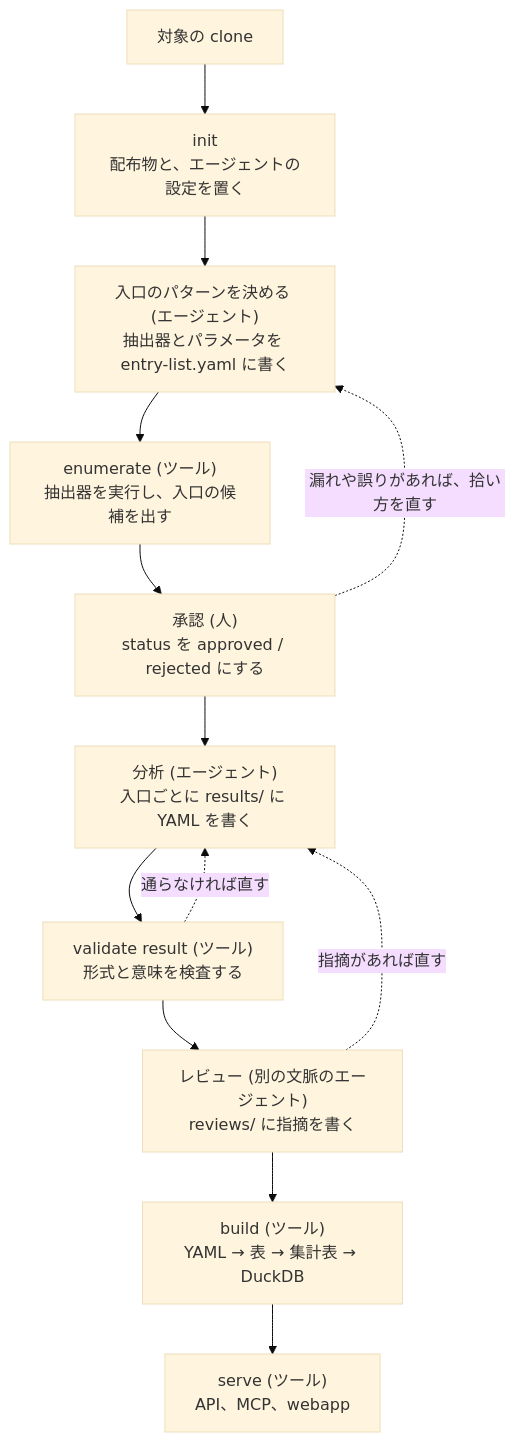
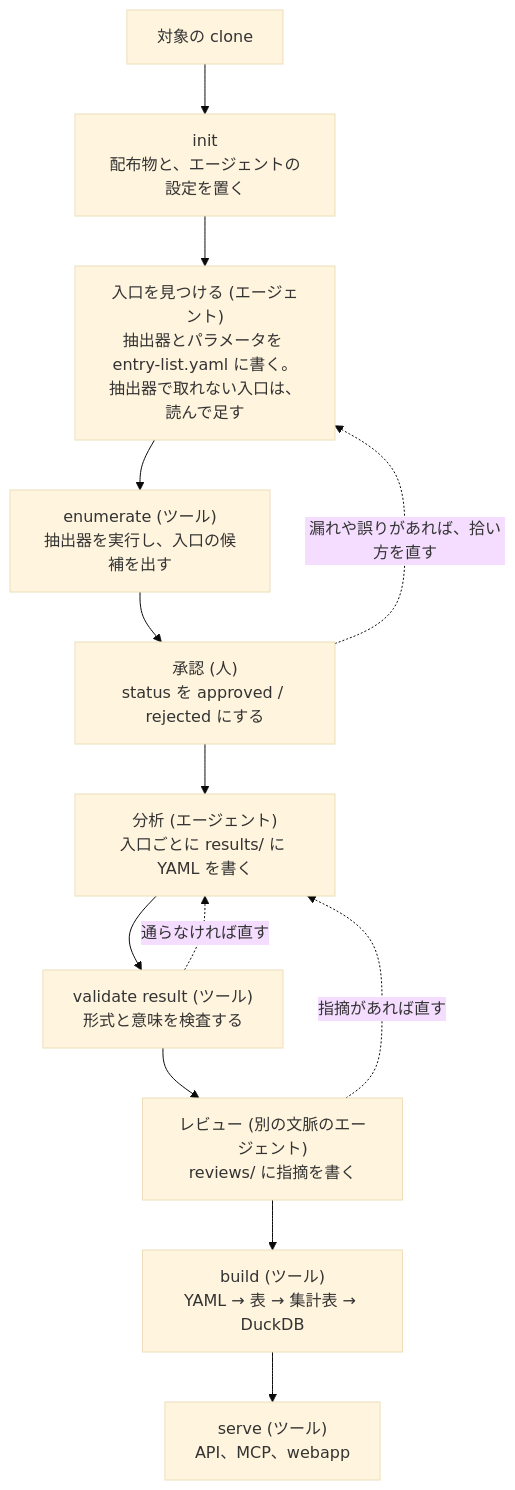
Before and after one commit to suwa-sh/as-built-atlas: the first of 4 diagrams in docs/architecture/pipeline.md, drawn with Mermaid (base theme). The commit also changed other lines of this file and 11 other files, not shown here.

````diff
--- a/docs/architecture/pipeline.md
+++ b/docs/architecture/pipeline.md
@@ -9,16 +9,16 @@
 ```mermaid
 flowchart TB
   T[対象の clone] --> I
   I["init<br>配布物と、エージェントの設定を置く"] --> D
-  D["入口のパターンを決める (エージェント)<br>抽出器とパラメータを entry-list.yaml に書く"] --> E
+  D["入口を見つける (エージェント)<br>抽出器とパラメータを entry-list.yaml に書く。<br>抽出器で取れない入口は、読んで足す"] --> E
   E["enumerate (ツール)<br>抽出器を実行し、入口の候補を出す"] --> H
   H["承認 (人)<br>status を approved / rejected にする"] --> A
   A["分析 (エージェント)<br>入口ごとに results/ に YAML を書く"] --> V
   V["validate result (ツール)<br>形式と意味を検査する"] --> RV
   RV["レビュー (別の文脈のエージェント)<br>reviews/ に指摘を書く"] --> B
   B["build (ツール)<br>YAML → 表 → 集計表 → DuckDB"] --> S
   S["serve (ツール)<br>API、MCP、webapp"]
   H -.->|漏れや誤りがあれば、拾い方を直す| D
   V -.->|通らなければ直す| A
   RV -.->|指摘があれば直す| A
 ```
````
